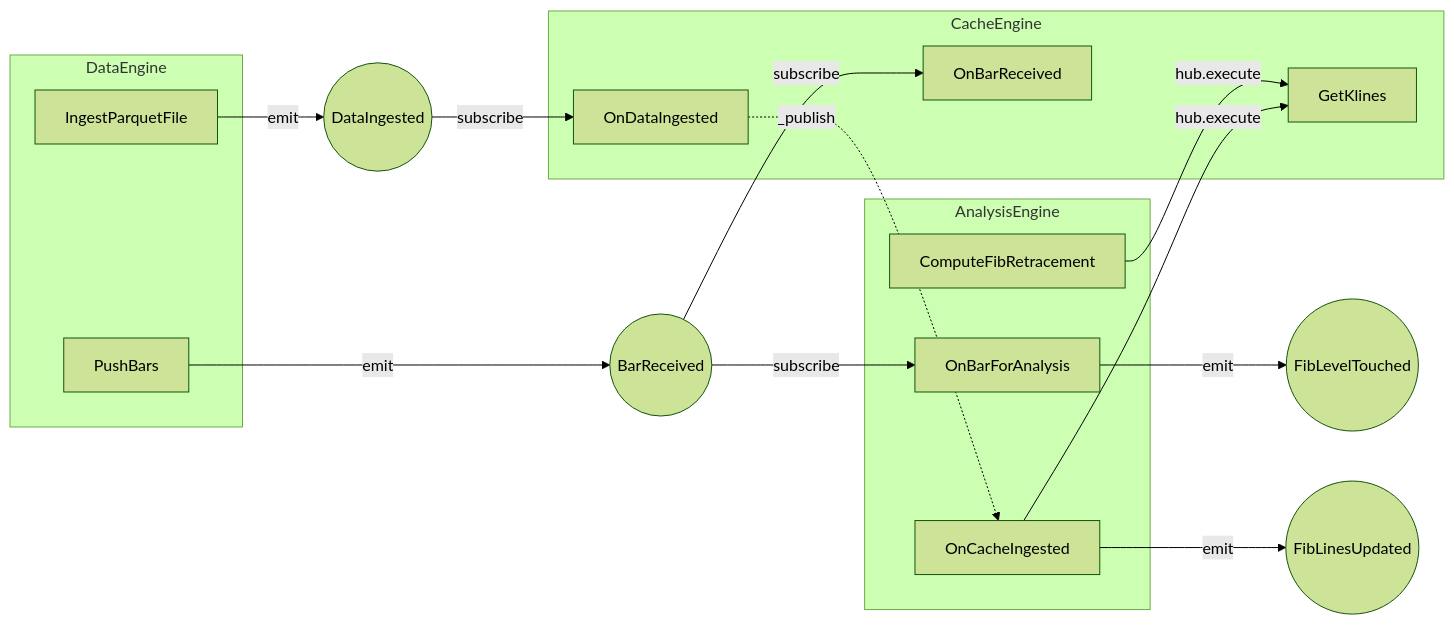
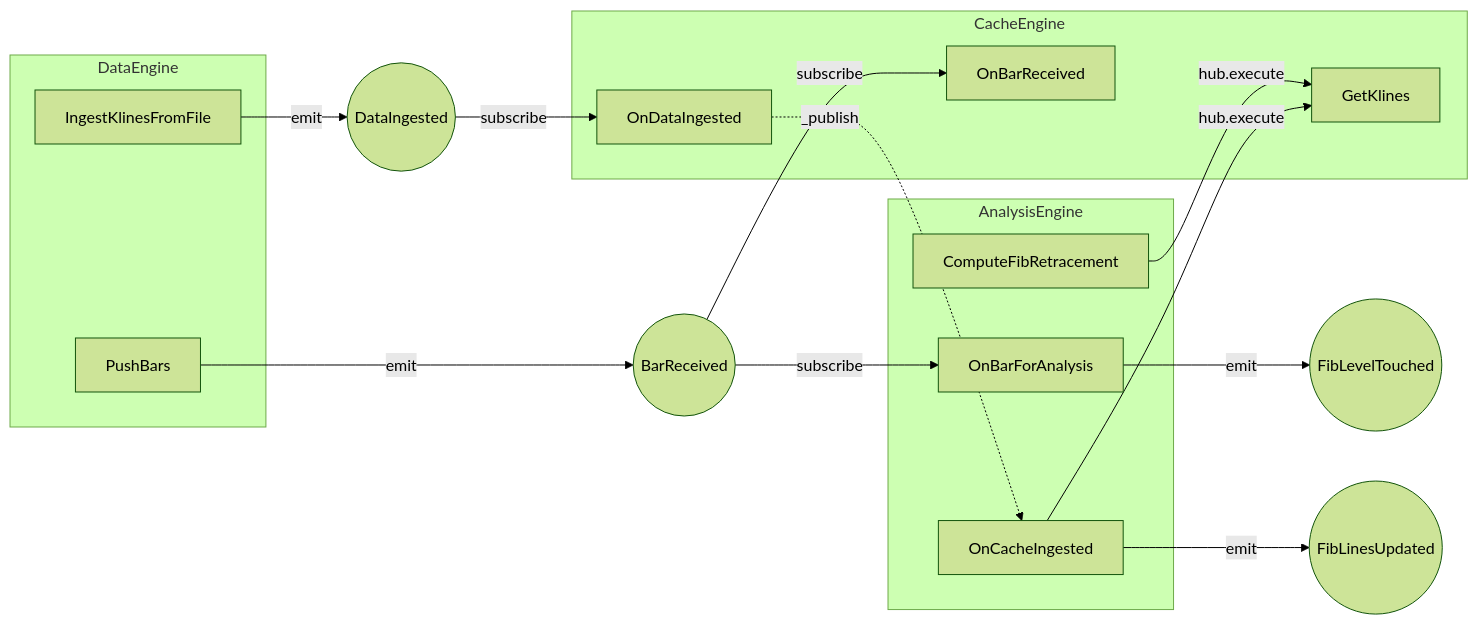
One commit to 3sy11/timing changed the diagram in docs/ARCHITECTURE.md. Above: the diagram before and after it, drawn with Mermaid (forest theme). The commit also changed other lines of this file and 28 other files, not shown here.

````diff
--- a/docs/ARCHITECTURE.md
+++ b/docs/ARCHITECTURE.md
@@ -506,27 +506,27 @@
 ```mermaid
 flowchart LR
     subgraph data [DataEngine]
         PushBars[PushBars]
-        IngestPq[IngestParquetFile]
+        IngestPq[IngestKlinesFromFile]
     end
     subgraph cache [CacheEngine]
         GetKlines[GetKlines]
         OnBarRcv["OnBarReceived"]
         OnDataIng["OnDataIngested"]
     end
     subgraph analysis [AnalysisEngine]
         ComputeFib[ComputeFibRetracement]
         OnBarAna[OnBarForAnalysis]
         OnCacheIng["OnCacheIngested"]
     end
     PushBars -->|emit| BarRcv((BarReceived))
     IngestPq -->|emit| DataIng((DataIngested))
     BarRcv -->|subscribe| OnBarRcv
     BarRcv -->|subscribe| OnBarAna
     DataIng -->|subscribe| OnDataIng
     OnDataIng -.->|"_publish"| OnCacheIng
     OnBarAna -->|emit| FibTch((FibLevelTouched))
     OnCacheIng -->|emit| FibUpd((FibLinesUpdated))
     ComputeFib -->|"hub.execute"| GetKlines
     OnCacheIng -->|"hub.execute"| GetKlines
 ```
````
